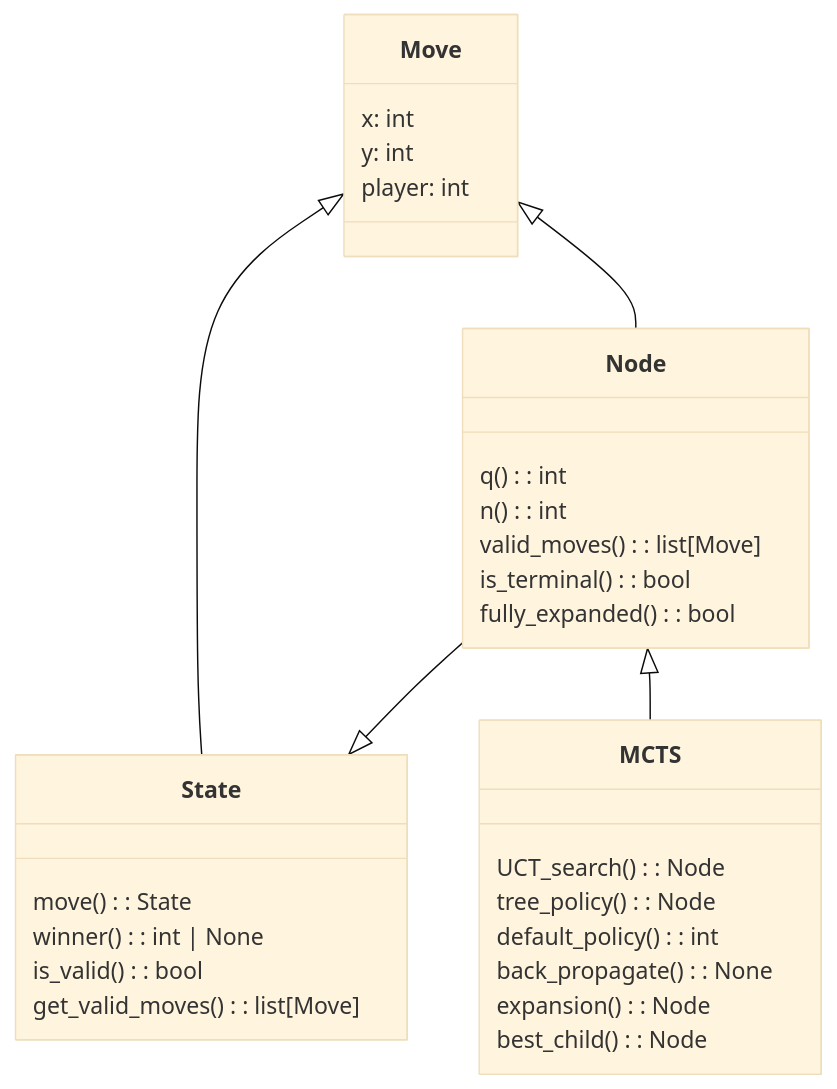
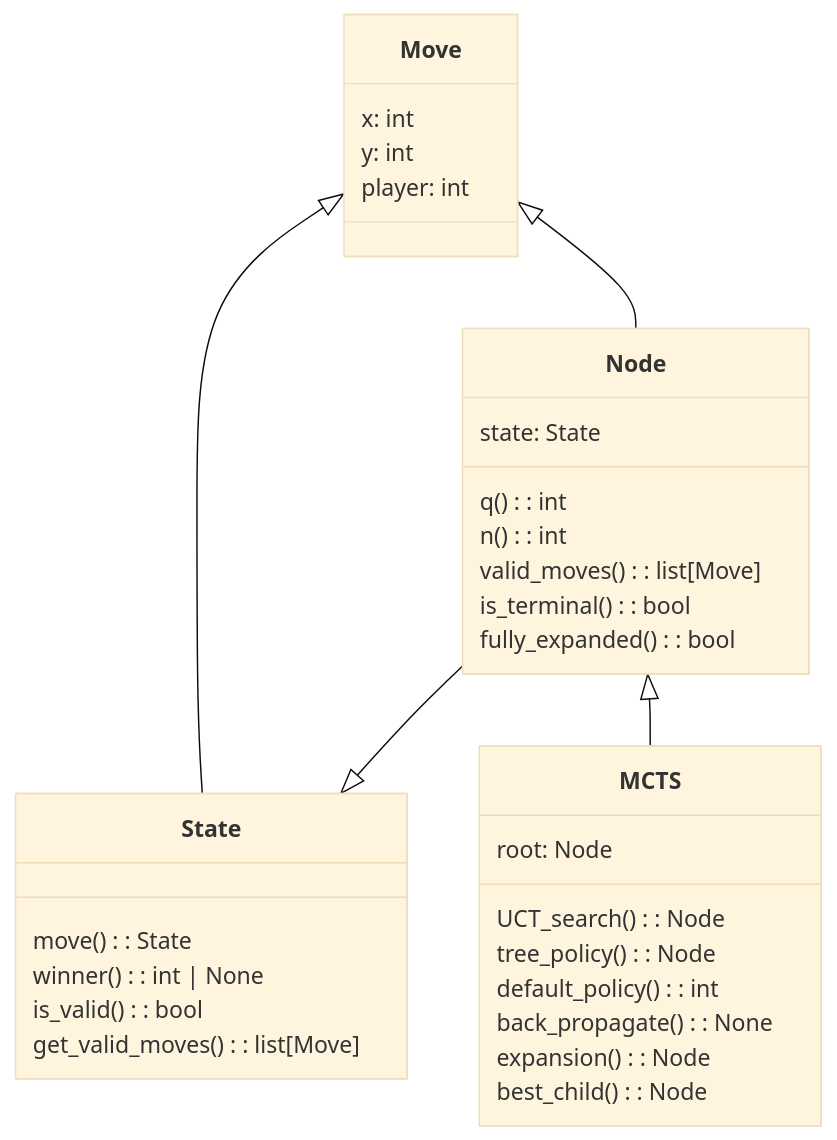
Before and after one commit to libralibra/UK_Teaching: the diagram in Uni/Falmouth/COMP712/workshops/mcts/mcts.md, drawn with Mermaid (base theme). The commit also changed 2 other files, not shown here.

Commit message:
synced from working version on 18/11/2023-19:19:19.80

````diff
--- a/Uni/Falmouth/COMP712/workshops/mcts/mcts.md
+++ b/Uni/Falmouth/COMP712/workshops/mcts/mcts.md
@@ -192,37 +192,39 @@
 ```mermaid
 classDiagram
     class Move {
         x: int
         y: int
         player: int
     }
 
     class State {
         move(): State
         winner(): int | None
         is_valid(): bool
         get_valid_moves(): list[Move]
     }
 
     class Node {
+        state: State
         q(): int
         n(): int
         valid_moves(): list[Move]
         is_terminal(): bool
         fully_expanded(): bool
     }
 
     class MCTS {
+        root: Node
         UCT_search(): Node
         tree_policy(): Node
         default_policy(): int
         back_propagate(): None
         expansion(): Node
         best_child(): Node
     }
 
     Move <|-- State
     Move <|-- Node
     Node <|-- MCTS
     Node --|> State
 ```
````
